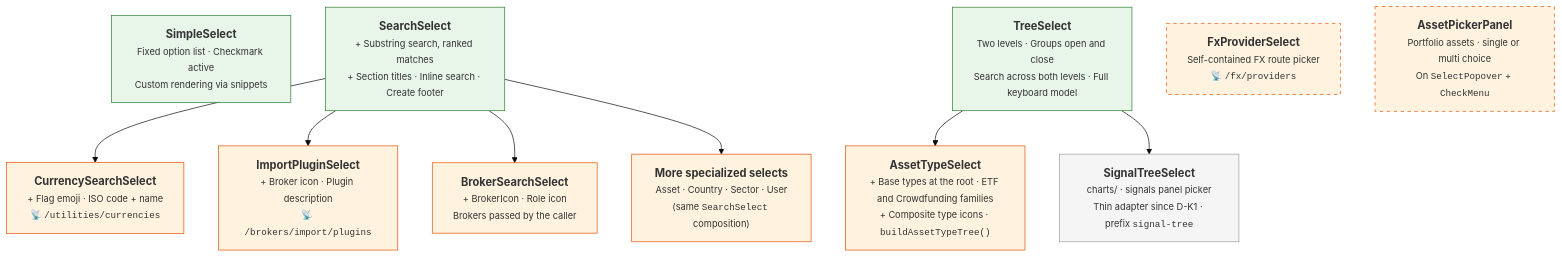
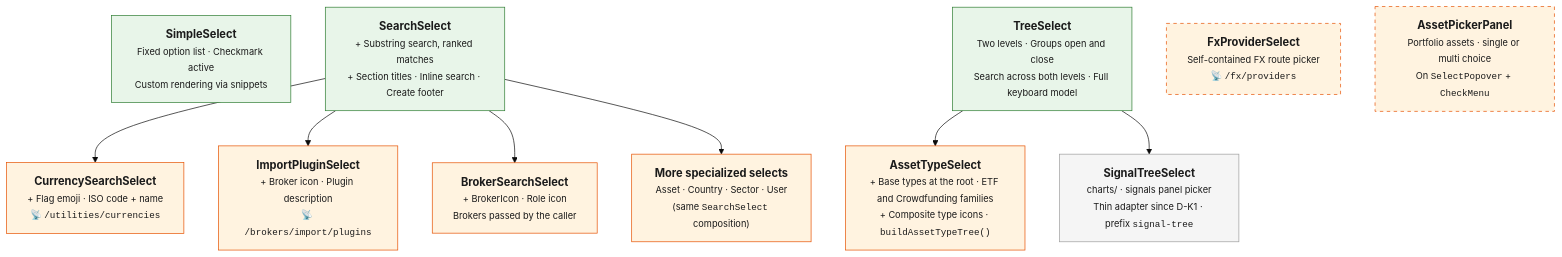
One commit to Librefolio/LibreFolio changed the diagram in mkdocs_src/docs/developer/frontend/components/core-ui/select.md. Above: the diagram before and after it, drawn with Mermaid (base theme). The commit also changed 1 other file, not shown here.

Commit message:
fix(docs): diagram text colour in the core UI pages (2)

````diff
--- a/mkdocs_src/docs/developer/frontend/components/core-ui/select.md
+++ b/mkdocs_src/docs/developer/frontend/components/core-ui/select.md
@@ -16,36 +16,36 @@
 ```mermaid
 graph TD
     SS["<b>SimpleSelect</b><br/><small>Fixed option list · Checkmark active<br/>Custom rendering via snippets</small>"]
 
     SrS["<b>SearchSelect</b><br/><small>+ Substring search, ranked matches<br/>+ Section titles · Inline search · Create footer</small>"]
 
     TS["<b>TreeSelect</b><br/><small>Two levels · Groups open and close<br/>Search across both levels · Full keyboard model</small>"]
 
     SrS --> CSS["<b>CurrencySearchSelect</b><br/><small>+ Flag emoji · ISO code + name<br/>📡 <code>/utilities/currencies</code></small>"]
 
     SrS --> IPS["<b>ImportPluginSelect</b><br/><small>+ Broker icon · Plugin description<br/>📡 <code>/brokers/import/plugins</code></small>"]
 
     SrS --> BSS["<b>BrokerSearchSelect</b><br/><small>+ BrokerIcon · Role icon<br/>Brokers passed by the caller</small>"]
 
     SrS --> MORE["<b>More specialized selects</b><br/><small>Asset · Country · Sector · User<br/>(same <code>SearchSelect</code> composition)</small>"]
 
     TS --> ATS["<b>AssetTypeSelect</b><br/><small>+ Base types at the root · ETF and Crowdfunding families<br/>+ Composite type icons · <code>buildAssetTypeTree()</code></small>"]
 
     TS --> STS["<b>SignalTreeSelect</b><br/><small>charts/ · signals panel picker<br/>Thin adapter since D-K1 · prefix <code>signal-tree</code></small>"]
 
     FPS["<b>FxProviderSelect</b><br/><small>Self-contained FX route picker<br/>📡 <code>/fx/providers</code></small>"]
 
     APP["<b>AssetPickerPanel</b><br/><small>Portfolio assets · single or multi choice<br/>On <code>SelectPopover</code> + <code>CheckMenu</code></small>"]
 
-    style SS fill:#e8f5e9,stroke:#2e7d32
-    style SrS fill:#e8f5e9,stroke:#2e7d32
-    style TS fill:#e8f5e9,stroke:#2e7d32
-    style CSS fill:#fff3e0,stroke:#e65100
-    style IPS fill:#fff3e0,stroke:#e65100
-    style BSS fill:#fff3e0,stroke:#e65100
-    style MORE fill:#fff3e0,stroke:#e65100
-    style ATS fill:#fff3e0,stroke:#e65100
-    style FPS fill:#fff3e0,stroke:#e65100,stroke-dasharray: 5 5
-    style APP fill:#fff3e0,stroke:#e65100,stroke-dasharray: 5 5
-    style STS fill:#f5f5f5,stroke:#9e9e9e
+    style SS fill:#e8f5e9,color:#1b1b1b,stroke:#2e7d32
+    style SrS fill:#e8f5e9,color:#1b1b1b,stroke:#2e7d32
+    style TS fill:#e8f5e9,color:#1b1b1b,stroke:#2e7d32
+    style CSS fill:#fff3e0,color:#1b1b1b,stroke:#e65100
+    style IPS fill:#fff3e0,color:#1b1b1b,stroke:#e65100
+    style BSS fill:#fff3e0,color:#1b1b1b,stroke:#e65100
+    style MORE fill:#fff3e0,color:#1b1b1b,stroke:#e65100
+    style ATS fill:#fff3e0,color:#1b1b1b,stroke:#e65100
+    style FPS fill:#fff3e0,color:#1b1b1b,stroke:#e65100,stroke-dasharray: 5 5
+    style APP fill:#fff3e0,color:#1b1b1b,stroke:#e65100,stroke-dasharray: 5 5
+    style STS fill:#f5f5f5,color:#1b1b1b,stroke:#9e9e9e
 ```
````
